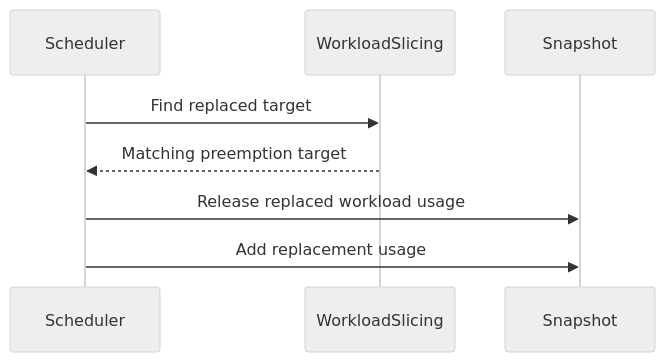
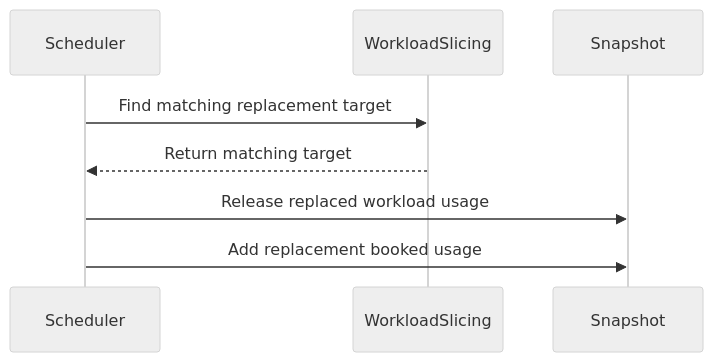
One commit to reruno/kueue-llm-wiki changed the diagram in raw/github/kubernetes-sigs__kueue/pr-16125.md. Above: the diagram before and after it, drawn with Mermaid (neutral theme). The commit also changed other lines of this file and 1468 other files, not shown here.

````diff
--- a/raw/github/kubernetes-sigs__kueue/pr-16125.md
+++ b/raw/github/kubernetes-sigs__kueue/pr-16125.md
@@ -203,10 +185,10 @@
 ```mermaid
 sequenceDiagram
   participant Scheduler
   participant WorkloadSlicing
   participant Snapshot
-  Scheduler->>WorkloadSlicing: Find replaced target
-  WorkloadSlicing-->>Scheduler: Matching preemption target
+  Scheduler->>WorkloadSlicing: Find matching replacement target
+  WorkloadSlicing-->>Scheduler: Return matching target
   Scheduler->>Snapshot: Release replaced workload usage
-  Scheduler->>Snapshot: Add replacement usage
+  Scheduler->>Snapshot: Add replacement booked usage
 ```
````
